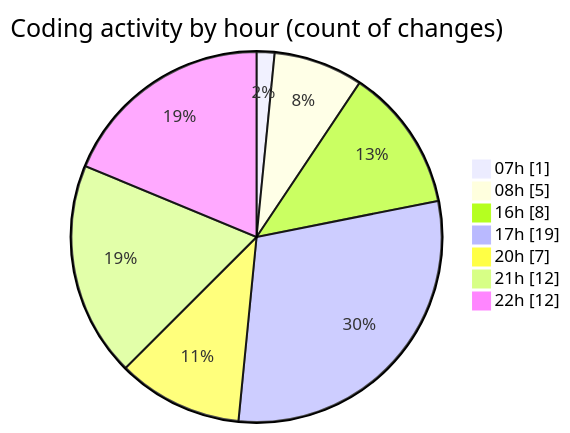
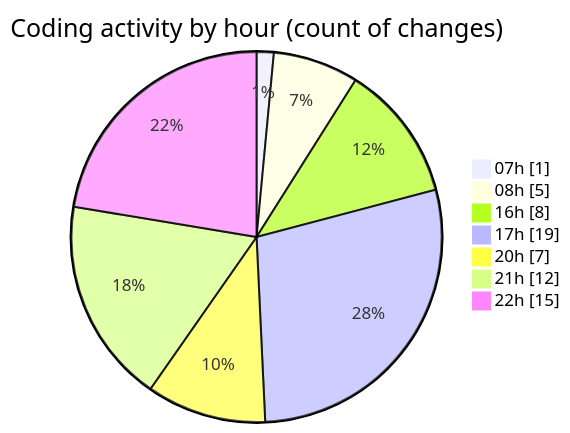
The second of 2 diagrams in 2025-02-13/elitegpt/README.md (Elitesun/code-tracking), drawn with Mermaid before and after one commit. The commit also changed other lines of this file and 1 other file, not shown here.

````diff
--- a/2025-02-13/elitegpt/README.md
+++ b/2025-02-13/elitegpt/README.md
@@ -36,11 +38,11 @@
 ```mermaid
 pie showData
 title Coding activity by hour (count of changes)
 "07h" : 1
 "08h" : 5
 "16h" : 8
 "17h" : 19
 "20h" : 7
 "21h" : 12
-"22h" : 12
+"22h" : 15
 ```
````
